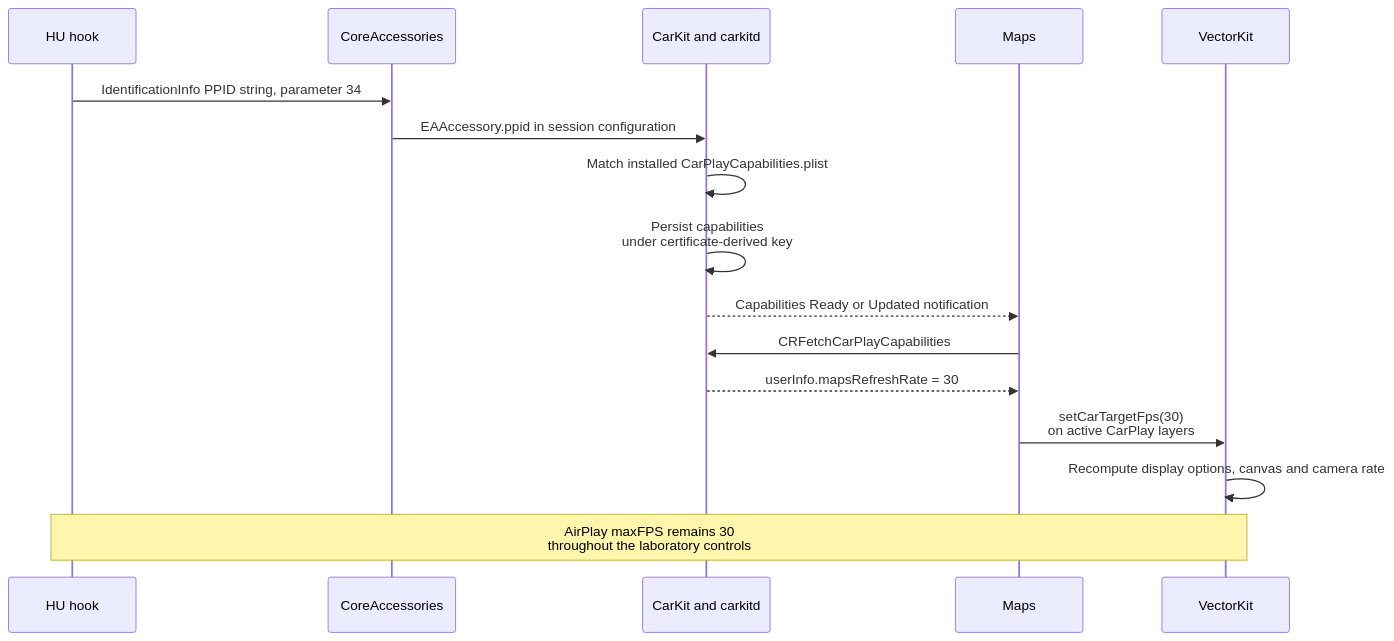
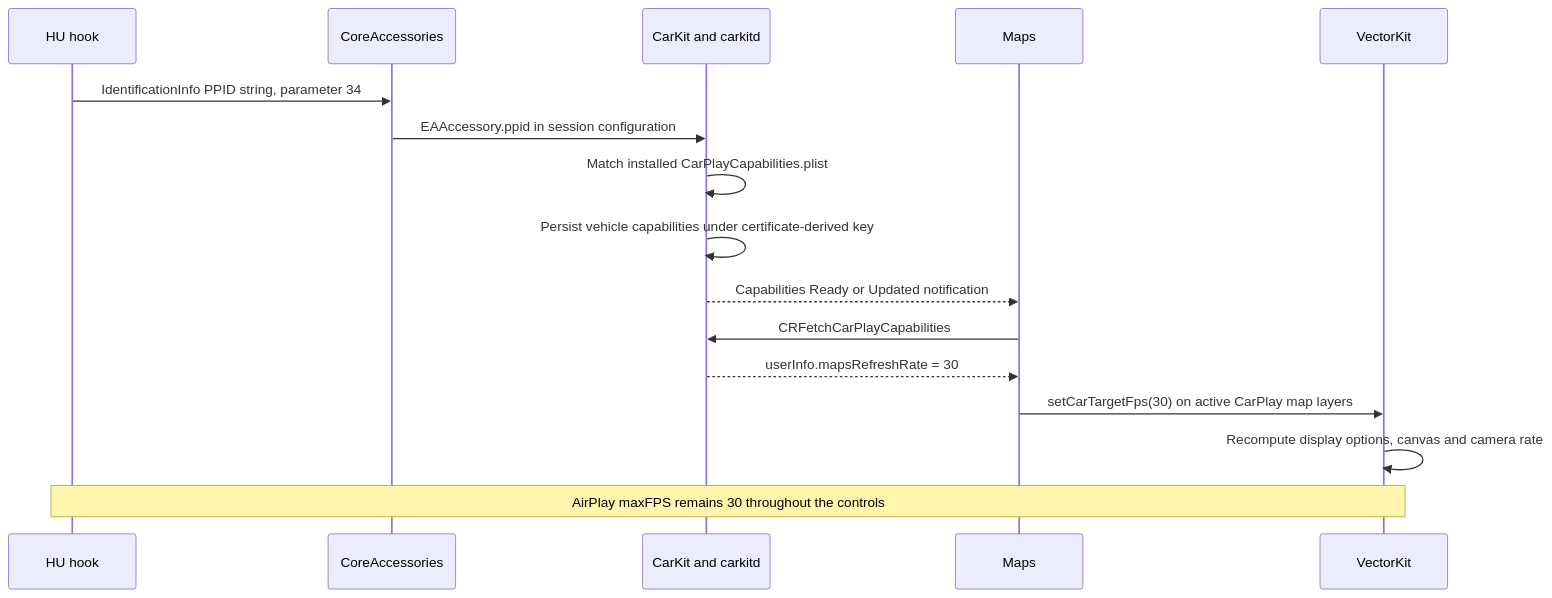
Before and after one commit to luka-dev/mib2q-carplay-rgi: the diagram in docs/altscreen-and-video/MAPS_FRAME_RATE_PROFILE_MECHANISM.md, drawn with Mermaid. The commit also changed other lines of this file and 820 other files, not shown here.

````diff
--- a/docs/altscreen-and-video/MAPS_FRAME_RATE_PROFILE_MECHANISM.md
+++ b/docs/altscreen-and-video/MAPS_FRAME_RATE_PROFILE_MECHANISM.md
@@ -57,21 +35,21 @@
 ```mermaid
 sequenceDiagram
     accTitle: Accessory Profile Sets Maps Rate
     accDescr: Identification supplies a profile selector. The phone selects and persists capabilities, notifies Maps, and Maps updates VectorKit source scheduling independently of the video maximum.
     participant hu as HU hook
     participant acc as CoreAccessories
     participant kit as CarKit and carkitd
     participant maps as Maps
     participant vk as VectorKit
 
     hu->>acc: IdentificationInfo PPID string, parameter 34
     acc->>kit: EAAccessory.ppid in session configuration
     kit->>kit: Match installed CarPlayCapabilities.plist
-    kit->>kit: Persist capabilities<br/>under certificate-derived key
+    kit->>kit: Persist vehicle capabilities under certificate-derived key
     kit-->>maps: Capabilities Ready or Updated notification
     maps->>kit: CRFetchCarPlayCapabilities
     kit-->>maps: userInfo.mapsRefreshRate = 30
-    maps->>vk: setCarTargetFps(30)<br/>on active CarPlay layers
+    maps->>vk: setCarTargetFps(30) on active CarPlay map layers
     vk->>vk: Recompute display options, canvas and camera rate
-    Note over hu,vk: AirPlay maxFPS remains 30<br/>throughout the laboratory controls
+    Note over hu,vk: AirPlay maxFPS remains 30 throughout the controls
 ```
````
